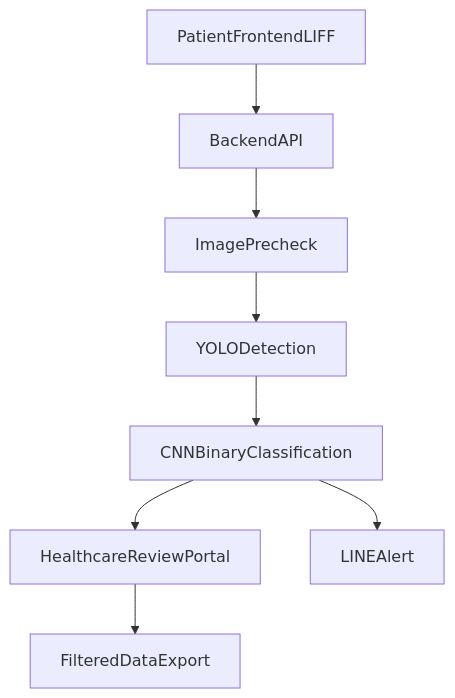
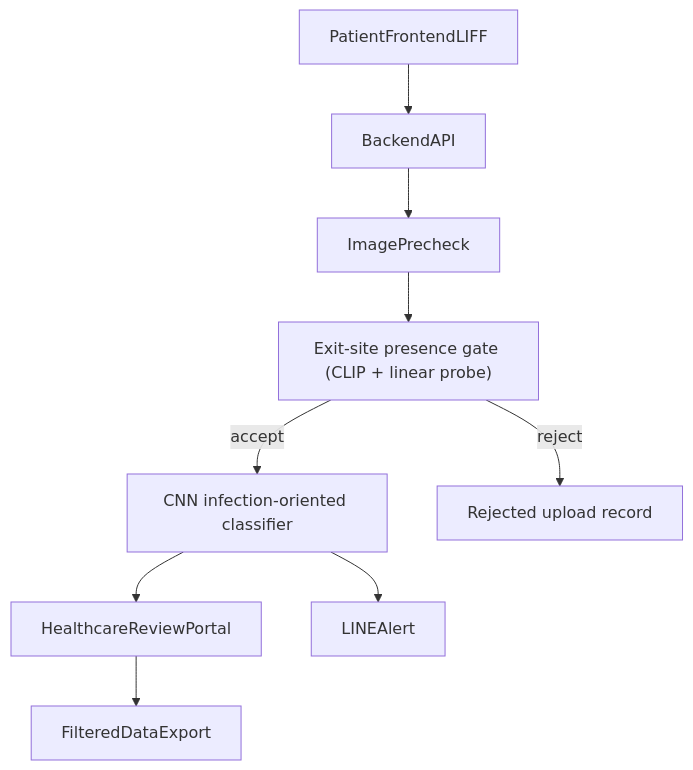
One commit to ruby0322/pd-care-monorepo changed the second of 2 diagrams in README.md. Above: the diagram before and after it, drawn with Mermaid. The commit also changed other lines of this file and 4 other files, not shown here.

First line of the commit message:
Document CLIP prescreen pipeline and tighten analytics around rejected uploads.

````diff
--- a/README.md
+++ b/README.md
@@ -71,10 +71,11 @@
 ```mermaid
 flowchart TD
     patientApp[PatientFrontendLIFF] --> apiBackend[BackendAPI]
     apiBackend --> precheck[ImagePrecheck]
-    precheck --> yoloDetect[YOLODetection]
-    yoloDetect --> cnnClassify[CNNBinaryClassification]
-    cnnClassify --> reviewPortal[HealthcareReviewPortal]
-    cnnClassify --> lineNotify[LINEAlert]
+    precheck --> presenceGate["Exit-site presence gate (CLIP + linear probe)"]
+    presenceGate -->|accept| infectionScreen[CNN infection-oriented classifier]
+    presenceGate -->|reject| rejectedUpload[Rejected upload record]
+    infectionScreen --> reviewPortal[HealthcareReviewPortal]
+    infectionScreen --> lineNotify[LINEAlert]
     reviewPortal --> dataExport[FilteredDataExport]
 ```
````
